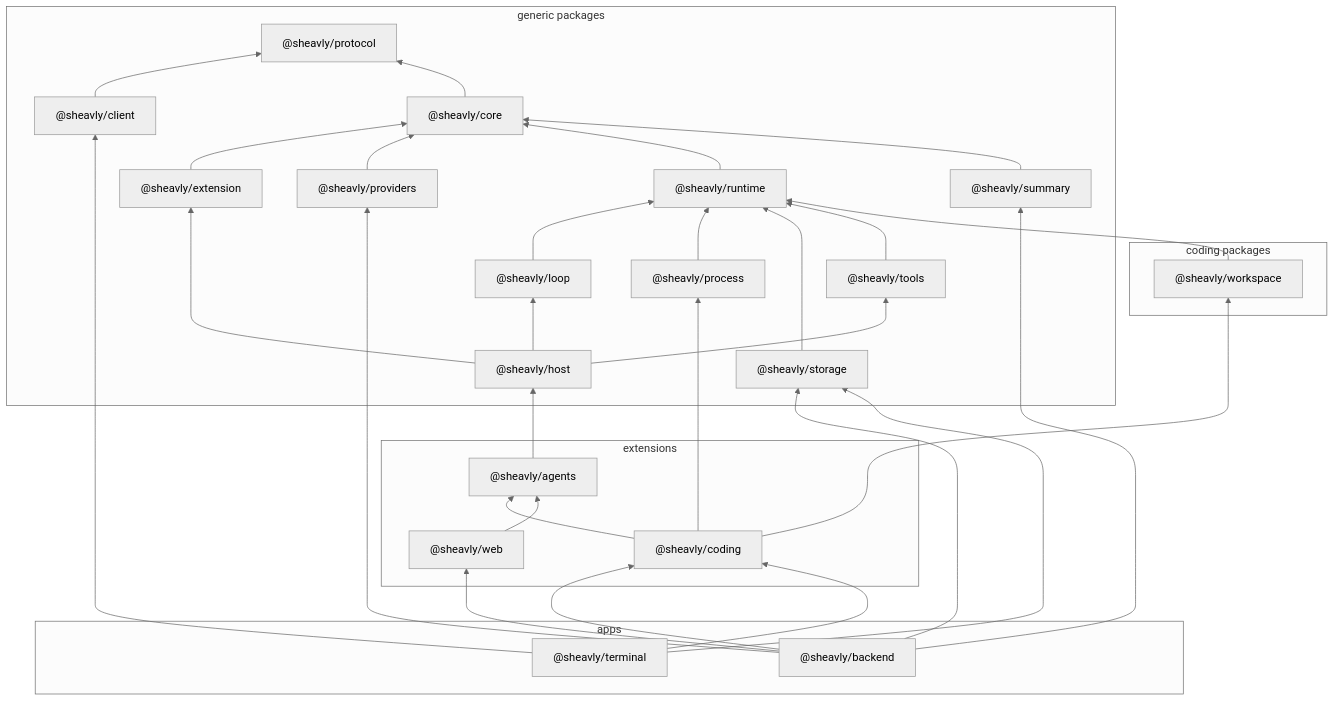
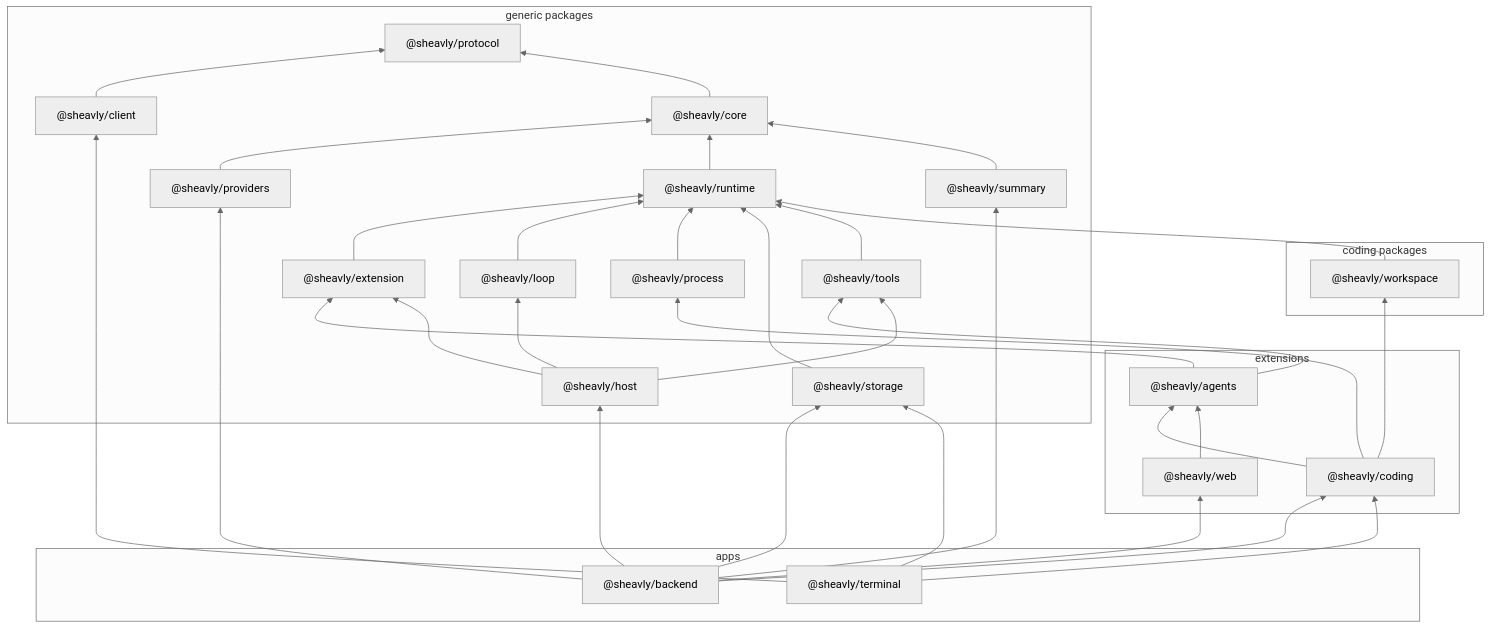
One commit to Sheavly/code changed the diagram in docs/overview.md. Above: the diagram before and after it, drawn with Mermaid (neutral theme). The commit also changed 97 other files, not shown here.

````diff
--- a/docs/overview.md
+++ b/docs/overview.md
@@ -35,56 +35,58 @@
 ```mermaid
 flowchart BT
   subgraph group_generic ["generic packages"]
     client["@sheavly/client"]
     core["@sheavly/core"]
     extension["@sheavly/extension"]
     host["@sheavly/host"]
     loop["@sheavly/loop"]
     process["@sheavly/process"]
     protocol["@sheavly/protocol"]
     providers["@sheavly/providers"]
     runtime["@sheavly/runtime"]
     storage["@sheavly/storage"]
     summary["@sheavly/summary"]
     tools["@sheavly/tools"]
   end
   subgraph group_coding ["coding packages"]
     workspace["@sheavly/workspace"]
   end
   subgraph group_extensions ["extensions"]
     agents["@sheavly/agents"]
     coding["@sheavly/coding"]
     web["@sheavly/web"]
   end
   subgraph group_apps ["apps"]
     backend["@sheavly/backend"]
     terminal["@sheavly/terminal"]
   end
-  agents --> host
+  agents --> extension
+  agents --> tools
   backend --> coding
+  backend --> host
   backend --> providers
   backend --> storage
   backend --> summary
   backend --> web
   client --> protocol
   coding --> agents
   coding --> process
   coding --> workspace
   core --> protocol
-  extension --> core
+  extension --> runtime
   host --> extension
   host --> loop
   host --> tools
   loop --> runtime
   process --> runtime
   providers --> core
   runtime --> core
   storage --> runtime
   summary --> core
   terminal --> client
   terminal --> coding
   terminal --> storage
   tools --> runtime
   web --> agents
   workspace --> runtime
 ```
````
